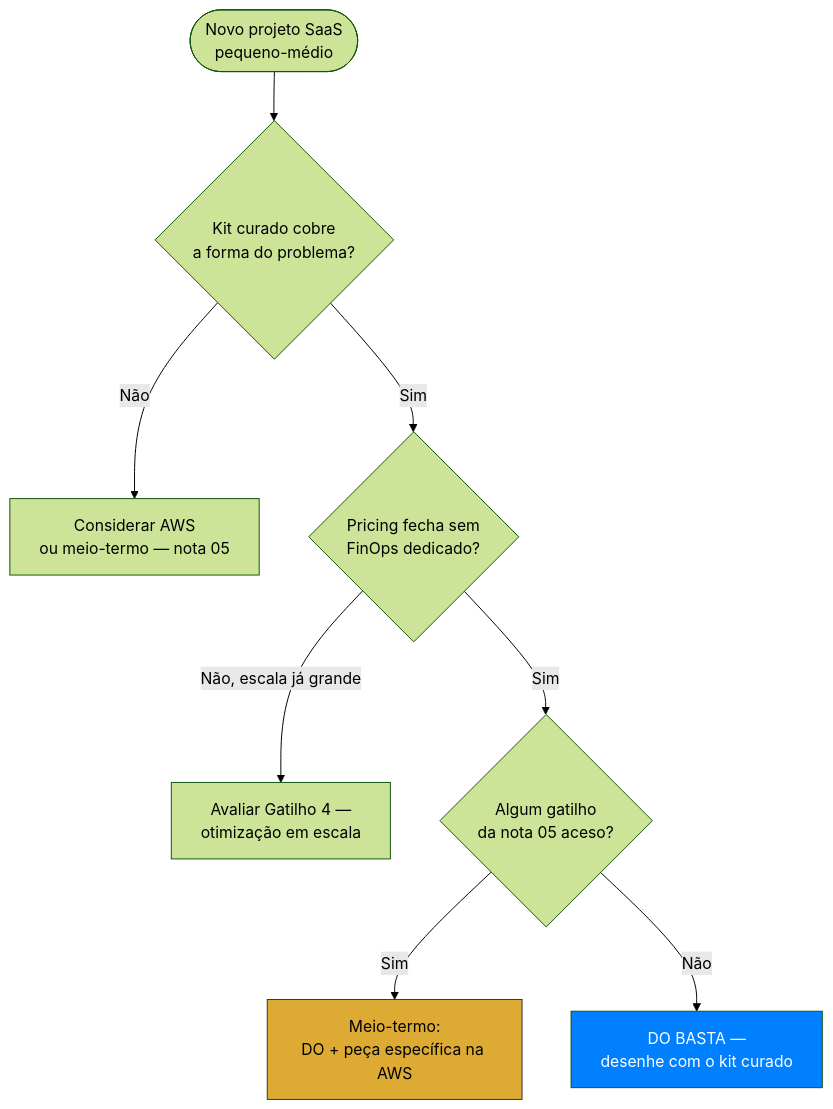
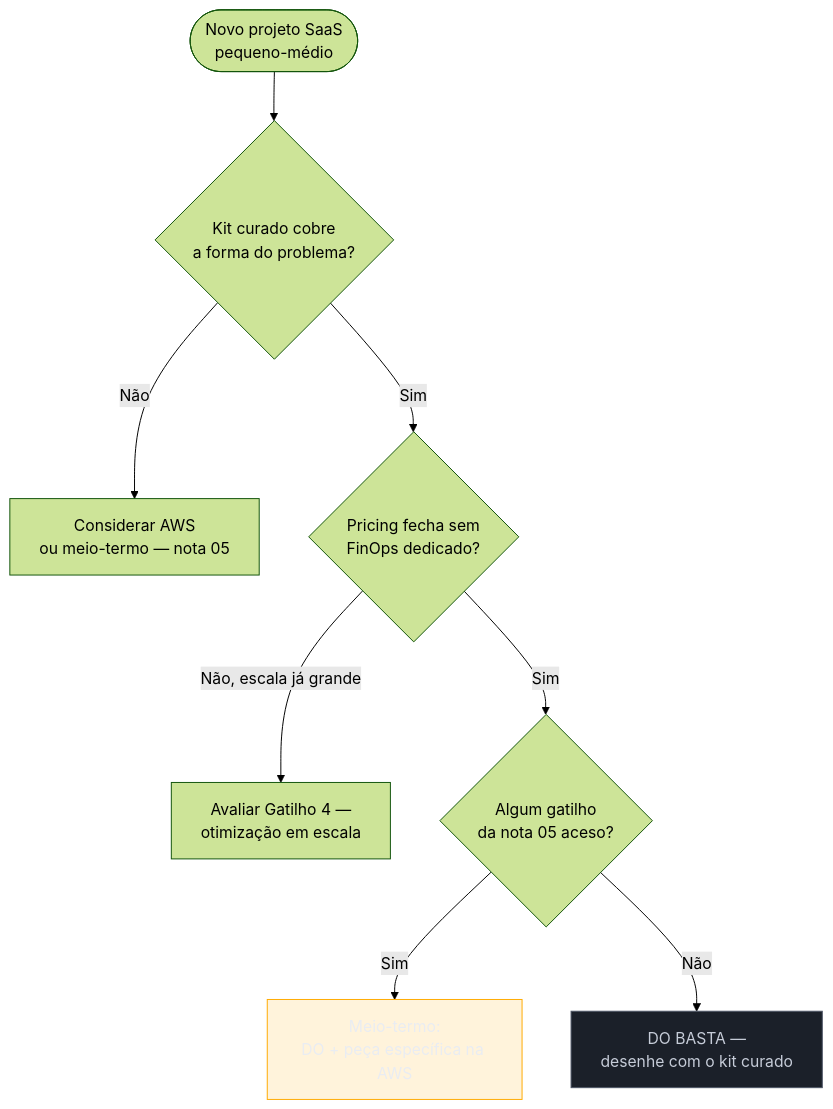
One commit to josenaldo/codex-technomanticus changed the third of 4 diagrams in 03-Dominios/Tecnologia/Cloud/22 - DigitalOcean a fundo/06 - Capstone — pensar como arquiteto DO.md. Above: the diagram before and after it, drawn with Mermaid (forest theme). The commit also changed other lines of this file and 1181 other files, not shown here.

First line of the commit message:
fix(diagramas): paleta do sistema no lugar de cor cravada no markdown

````diff
--- a/03-Dominios/Tecnologia/Cloud/22 - DigitalOcean a fundo/06 - Capstone — pensar como arquiteto DO.md
+++ b/03-Dominios/Tecnologia/Cloud/22 - DigitalOcean a fundo/06 - Capstone — pensar como arquiteto DO.md
@@ -183,13 +185,15 @@
 ```mermaid
 flowchart TD
+    classDef neutro fill:#1B2029,stroke:#4E5666,color:#C6CCD8
+    classDef destaque fill:#FFAA0024,stroke:#FFAA00,color:#E9ECF2
     Start([Novo projeto SaaS<br/>pequeno-médio]) --> Q1{Kit curado cobre<br/>a forma do problema?}
     Q1 -->|Não| AWS1[Considerar AWS<br/>ou meio-termo — nota 05]
     Q1 -->|Sim| Q2{Pricing fecha sem<br/>FinOps dedicado?}
     Q2 -->|Não, escala já grande| AWS2[Avaliar Gatilho 4 —<br/>otimização em escala]
     Q2 -->|Sim| Q3{Algum gatilho<br/>da nota 05 aceso?}
     Q3 -->|Sim| Meio[Meio-termo:<br/>DO + peça específica na AWS]
     Q3 -->|Não| DO["DO BASTA —<br/>desenhe com o kit curado"]
 
-    style DO fill:#0080ff,color:#fff
-    style Meio fill:#da3,stroke:#333
+    class DO neutro
+    class Meio destaque
 ```
````
